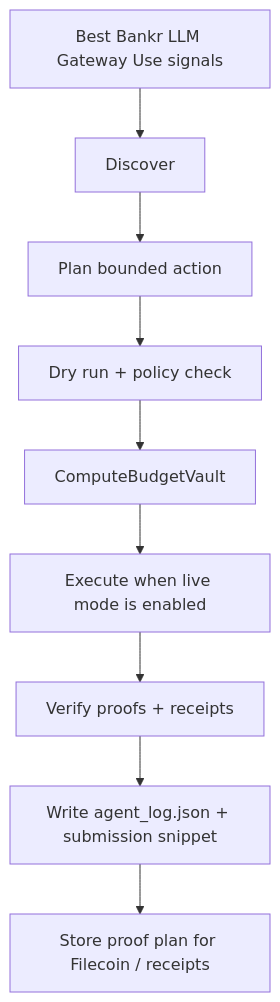
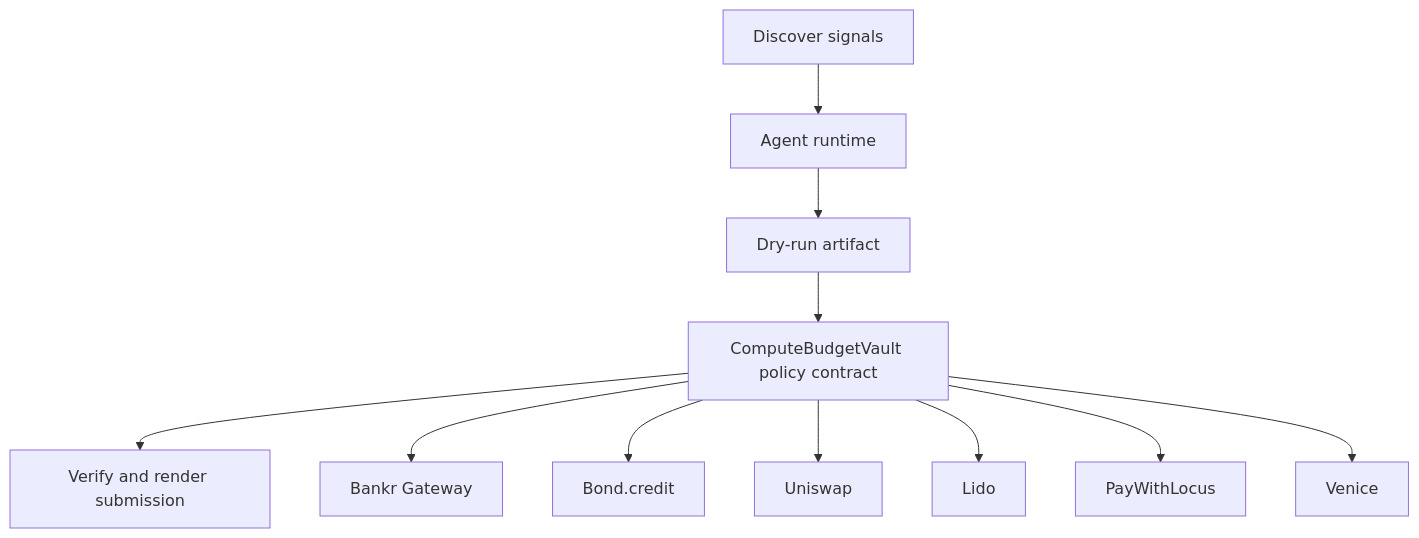
The diagram in docs/architecture.mmd (CrystallineButterfly/Synthesis-Bankr-Gateway), drawn with Mermaid before and after one commit. The commit also changed 998 other files, not shown here.

Commit message:
Implement bounded agent runtime

```diff
--- a/docs/architecture.mmd
+++ b/docs/architecture.mmd
@@ -1,9 +1,13 @@
 flowchart TD
-    Signals[Best Bankr LLM Gateway Use signals] --> Discover[Discover]
-    Discover --> Plan[Plan bounded action]
-    Plan --> DryRun[Dry run + policy check]
-    DryRun --> Guard[ComputeBudgetVault]
-    Guard --> Execute[Execute when live mode is enabled]
-    Execute --> Verify[Verify proofs + receipts]
-    Verify --> Persist[Write agent_log.json + submission snippet]
-    Persist --> Storage[Store proof plan for Filecoin / receipts]
+    Signals[Discover signals]
+    Planner[Agent runtime]
+    DryRun[Dry-run artifact]
+    Contract[ComputeBudgetVault policy contract]
+    Verify[Verify and render submission]
+    Signals --> Planner --> DryRun --> Contract --> Verify
+    Contract --> bankr_gateway[Bankr Gateway]
+    Contract --> bond_credit[Bond.credit]
+    Contract --> uniswap[Uniswap]
+    Contract --> lido[Lido]
+    Contract --> paywithlocus[PayWithLocus]
+    Contract --> venice[Venice]
```
